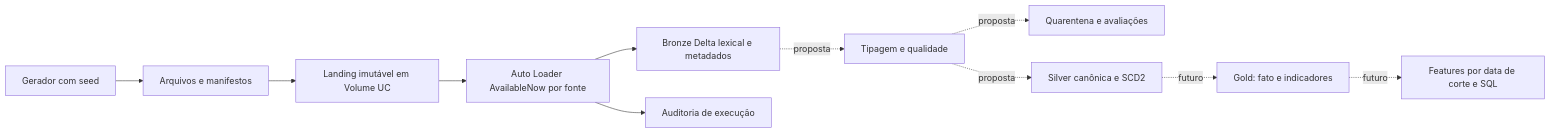
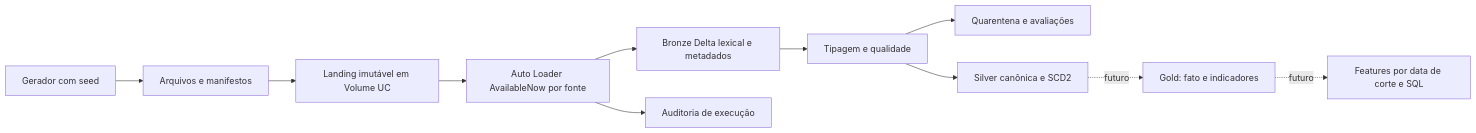
The diagram in docs/architecture.md (Daniel-F-Alencar/NovaRota_Case), drawn with Mermaid before and after one commit. The commit also changed other lines of this file and 7 other files, not shown here.

````diff
--- a/docs/architecture.md
+++ b/docs/architecture.md
@@ -7,13 +7,13 @@
 ```mermaid
 flowchart LR
     G[Gerador com seed] --> M[Arquivos e manifestos]
     M --> V[Landing imutável em Volume UC]
     V --> A[Auto Loader AvailableNow por fonte]
     A --> B[Bronze Delta lexical e metadados]
     A --> O[Auditoria de execução]
-    B -. proposta .-> Q[Tipagem e qualidade]
-    Q -. proposta .-> X[Quarentena e avaliações]
-    Q -. proposta .-> S[Silver canônica e SCD2]
+    B --> Q[Tipagem e qualidade]
+    Q --> X[Quarentena e avaliações]
+    Q --> S[Silver canônica e SCD2]
     S -. futuro .-> F[Gold: fato e indicadores]
     F -. futuro .-> D[Features por data de corte e SQL]
 ```
````
